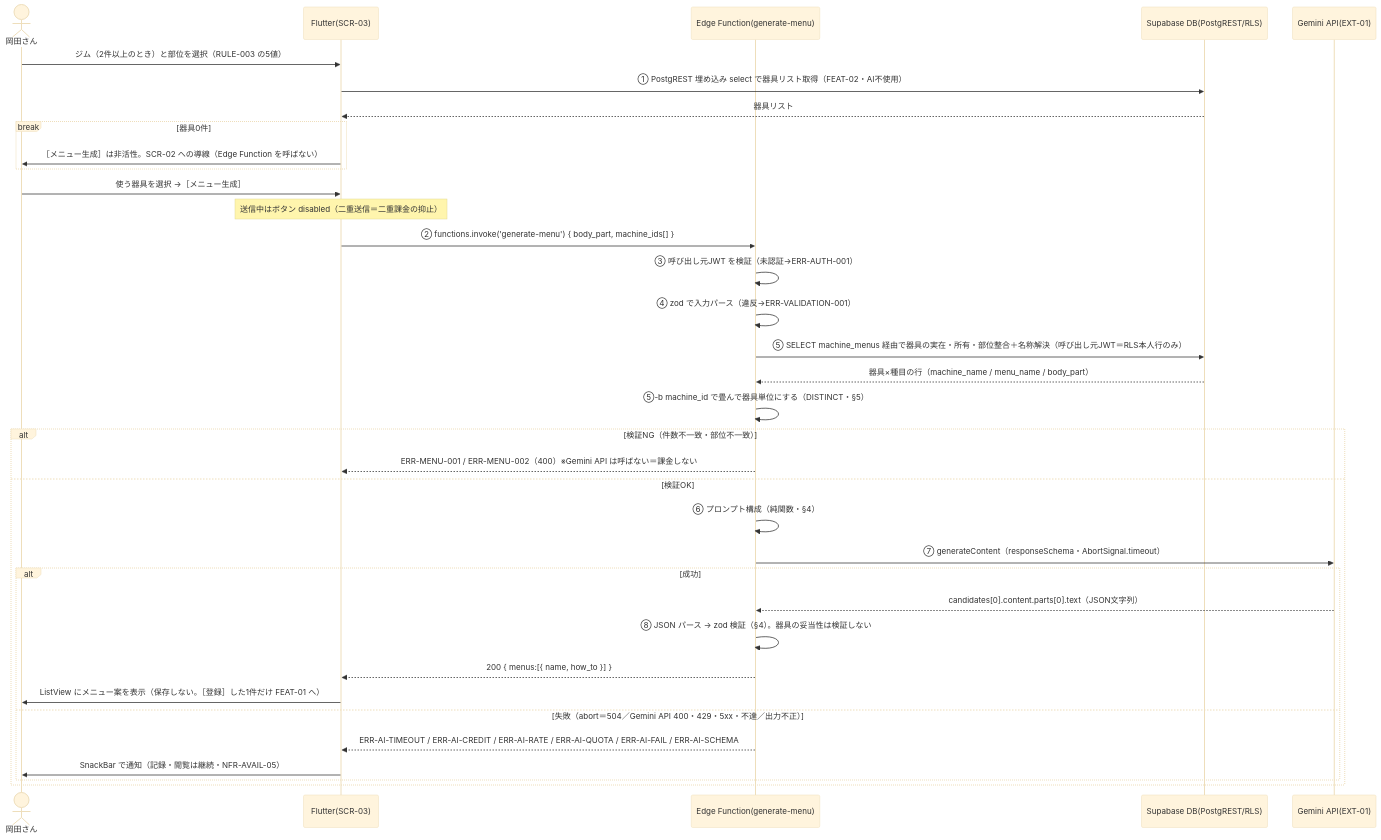
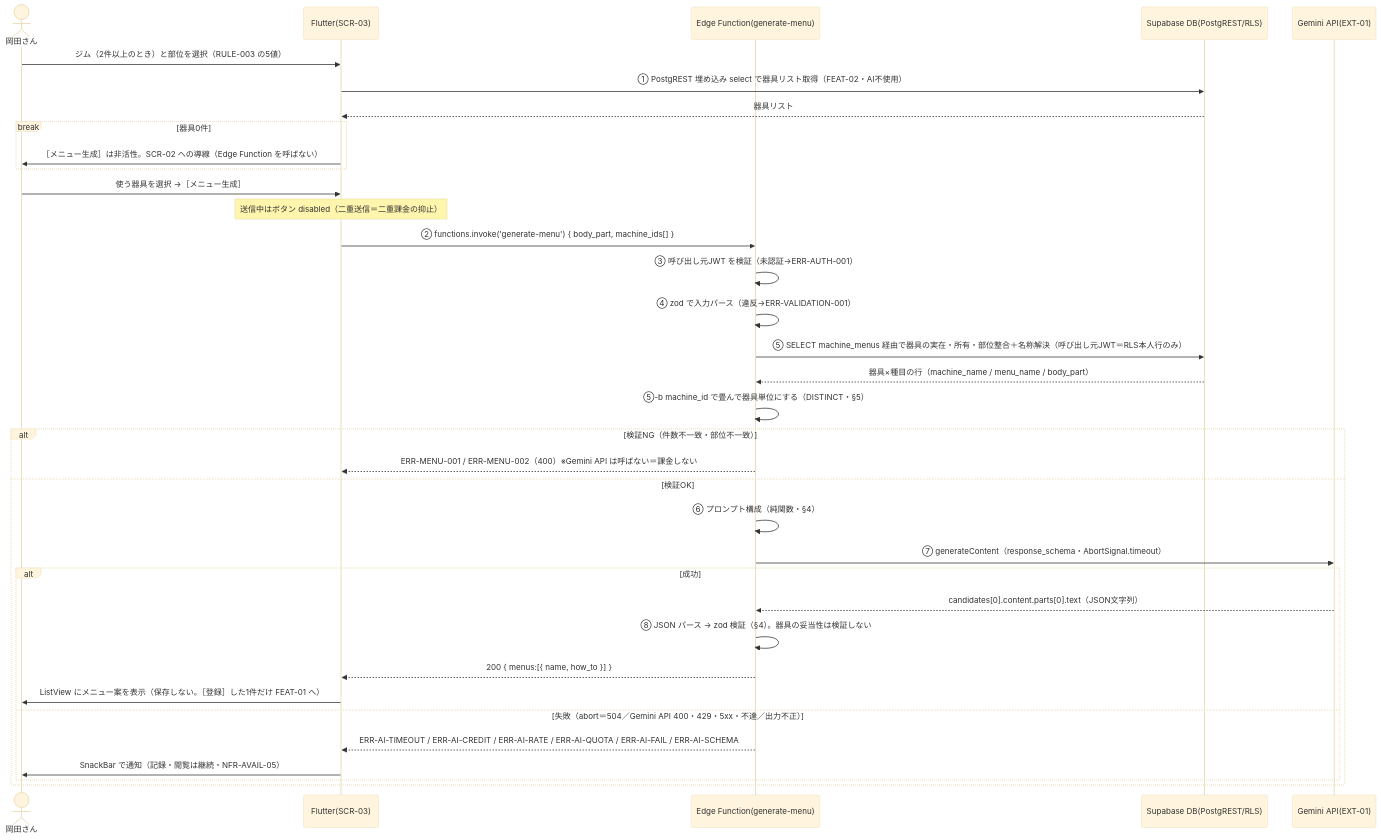
The diagram in docs/02_設計/50_詳細設計/08_機能別詳細設計/FEAT-03_AIメニュー提案.md (k-okada51/okada-fit), drawn with Mermaid (base theme) before and after one commit. The commit also changed other lines of this file and 21 other files, not shown here.

````diff
--- a/docs/02_設計/50_詳細設計/08_機能別詳細設計/FEAT-03_AIメニュー提案.md
+++ b/docs/02_設計/50_詳細設計/08_機能別詳細設計/FEAT-03_AIメニュー提案.md
@@ -76,39 +76,39 @@
 ```mermaid
 sequenceDiagram
   actor U as 岡田さん
   participant F as Flutter(SCR-03)
   participant E as Edge Function(generate-menu)
   participant D as Supabase DB(PostgREST/RLS)
   participant G as Gemini API(EXT-01)
 
   U->>F: ジム（2件以上のとき）と部位を選択（RULE-003 の5値）
   F->>D: ① PostgREST 埋め込み select で器具リスト取得（FEAT-02・AI不使用）
   D-->>F: 器具リスト
   break 器具0件
     F->>U: ［メニュー生成］は非活性。SCR-02 への導線（Edge Function を呼ばない）
   end
   U->>F: 使う器具を選択 →［メニュー生成］
   Note over F: 送信中はボタン disabled（二重送信＝二重課金の抑止）
   F->>E: ② functions.invoke('generate-menu') { body_part, machine_ids[] }
 
   E->>E: ③ 呼び出し元JWT を検証（未認証→ERR-AUTH-001）
   E->>E: ④ zod で入力パース（違反→ERR-VALIDATION-001）
   E->>D: ⑤ SELECT machine_menus 経由で器具の実在・所有・部位整合＋名称解決（呼び出し元JWT＝RLS本人行のみ）
   D-->>E: 器具×種目の行（machine_name / menu_name / body_part）
   E->>E: ⑤-b machine_id で畳んで器具単位にする（DISTINCT・§5）
   alt 検証NG（件数不一致・部位不一致）
     E-->>F: ERR-MENU-001 / ERR-MENU-002（400）※Gemini API は呼ばない＝課金しない
   else 検証OK
     E->>E: ⑥ プロンプト構成（純関数・§4）
-    E->>G: ⑦ generateContent（responseSchema・AbortSignal.timeout）
+    E->>G: ⑦ generateContent（response_schema・AbortSignal.timeout）
     alt 成功
       G-->>E: candidates[0].content.parts[0].text（JSON文字列）
       E->>E: ⑧ JSON パース → zod 検証（§4）。器具の妥当性は検証しない
       E-->>F: 200 { menus:[{ name, how_to }] }
       F->>U: ListView にメニュー案を表示（保存しない。［登録］した1件だけ FEAT-01 へ）
     else 失敗（abort＝504／Gemini API 400・429・5xx・不達／出力不正）
       E-->>F: ERR-AI-TIMEOUT / ERR-AI-CREDIT / ERR-AI-RATE / ERR-AI-QUOTA / ERR-AI-FAIL / ERR-AI-SCHEMA
       F->>U: SnackBar で通知（記録・閲覧は継続・NFR-AVAIL-05）
     end
   end
 ```
````
